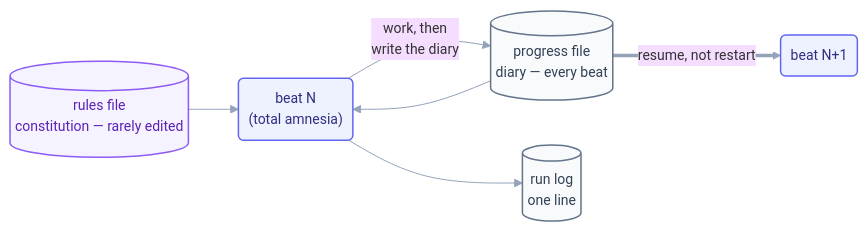
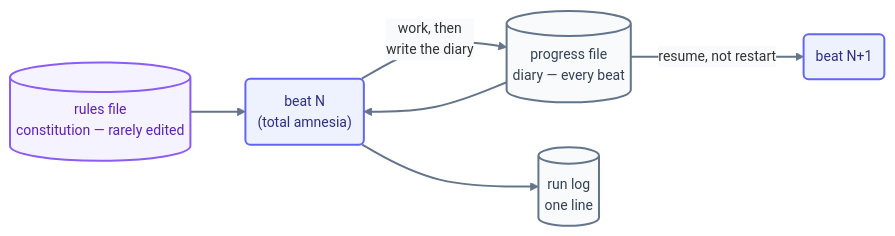
Before and after one commit to ayeshakhalid192007-dev/LoopEngineering-CrashCourse: the second of 2 diagrams in docs/06-part-4-the-spine/12-state-between-runs.md, drawn with Mermaid. The commit also changed other lines of this file and 66 other files, not shown here.

First line of the commit message:
docs(diagrams): bolden and unify all 70 mermaid diagrams

````diff
--- a/docs/06-part-4-the-spine/12-state-between-runs.md
+++ b/docs/06-part-4-the-spine/12-state-between-runs.md
@@ -56,12 +57,13 @@
 ```mermaid
-%%{init: {'theme':'base','themeVariables':{'fontFamily':'ui-sans-serif, system-ui, sans-serif','fontSize':'14px','lineColor':'#94a3b8'},'flowchart':{'curve':'basis','nodeSpacing':45,'rankSpacing':50,'padding':10}}}%%
+%%{init: {'theme':'base','themeVariables':{'fontFamily':'ui-sans-serif, system-ui, sans-serif','fontSize':'14px','lineColor':'#64748b','edgeLabelBackground':'#f8fafc'},'flowchart':{'curve':'basis','nodeSpacing':45,'rankSpacing':55,'padding':12}}}%%
 flowchart LR
     RF[("rules file<br/>constitution — rarely edited")]:::cfg --> B("beat N<br/>(total amnesia)"):::beat
     SP[("progress file<br/>diary — every beat")]:::file --> B
     B -->|"work, then<br/>write the diary"| SP
     B --> LOG[("run log<br/>one line")]:::file
     SP ==>|"resume, not restart"| B2("beat N+1"):::beat
-    classDef cfg fill:#f5f3ff,stroke:#8b5cf6,stroke-width:1.5px,color:#5b21b6;
-    classDef beat fill:#eef2ff,stroke:#6366f1,stroke-width:1.5px,color:#312e81;
-    classDef file fill:#f8fafc,stroke:#64748b,stroke-width:1.5px,color:#334155;
+    linkStyle default stroke:#64748b,stroke-width:2px;
+    classDef cfg fill:#f5f3ff,stroke:#8b5cf6,stroke-width:2px,color:#5b21b6;
+    classDef beat fill:#eef2ff,stroke:#6366f1,stroke-width:2px,color:#312e81;
+    classDef file fill:#f8fafc,stroke:#64748b,stroke-width:2px,color:#334155;
 ```
````
